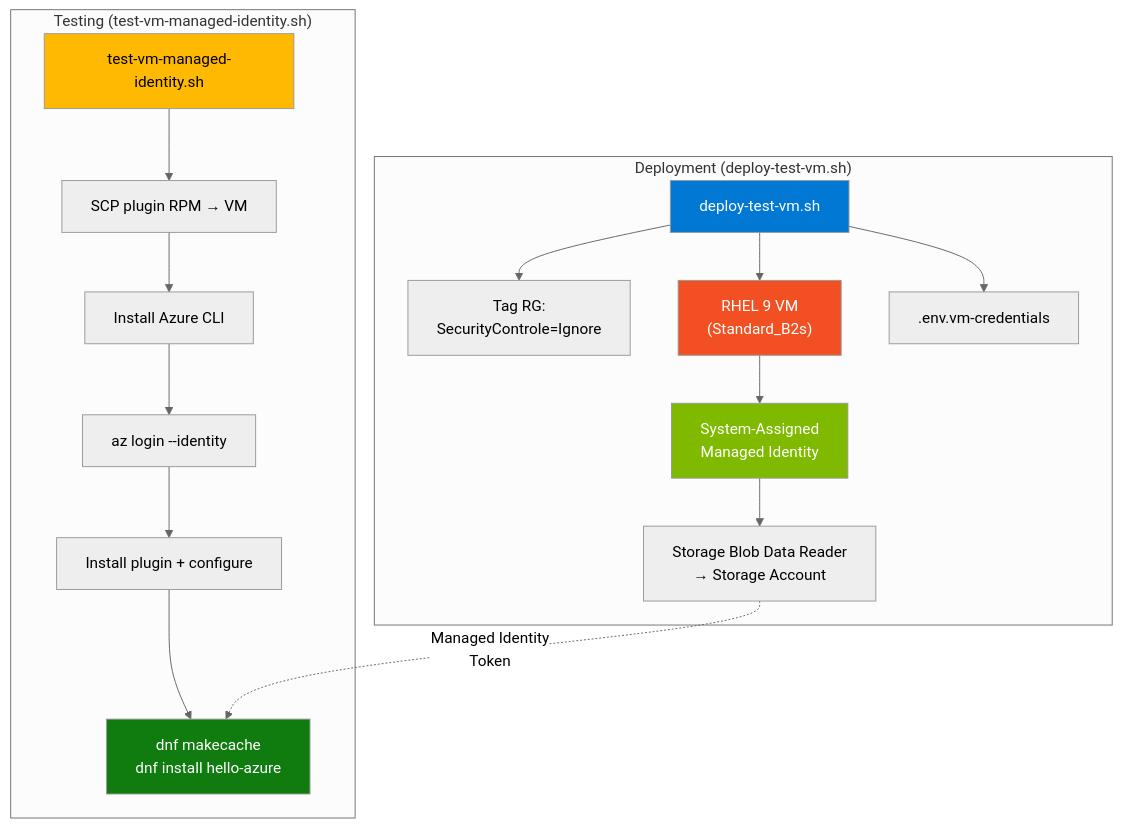
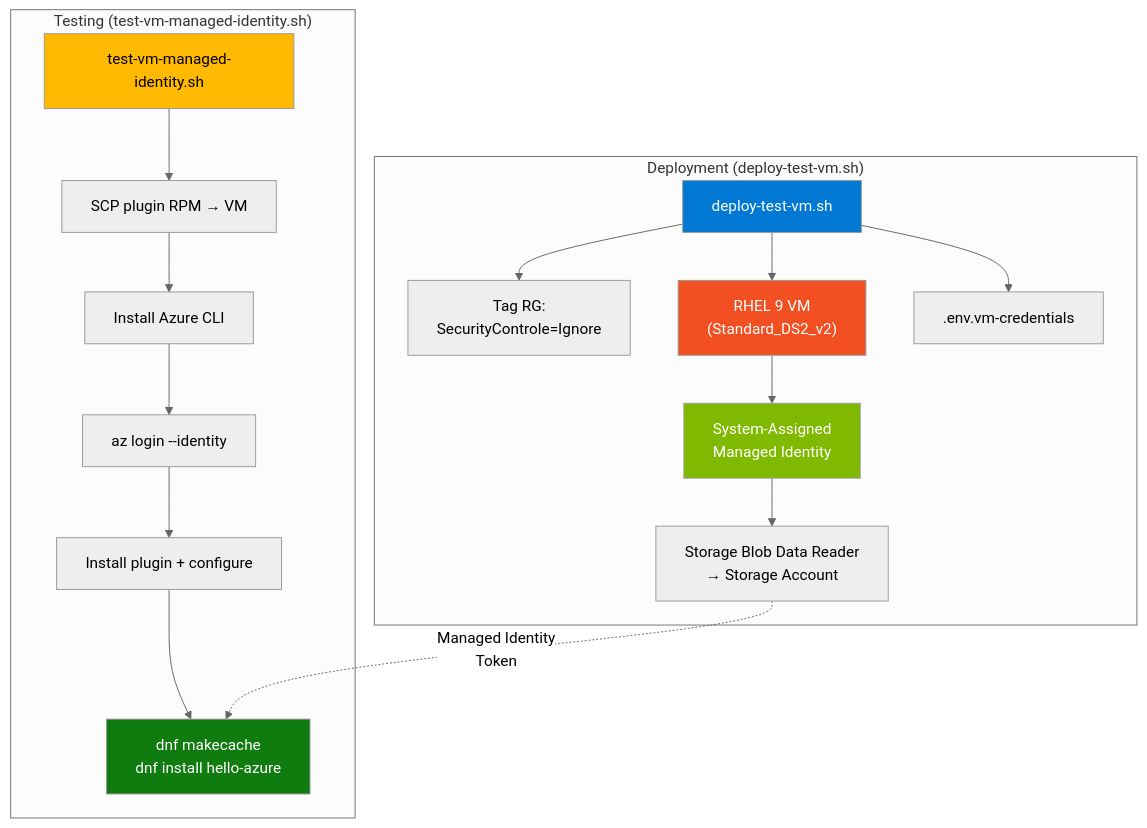
Before and after one commit to san360/rpm-poc: the seventh of 9 diagrams in QUICKSTART.md, drawn with Mermaid (neutral theme). The commit also changed other lines of this file and 6 other files, not shown here.

````diff
--- a/QUICKSTART.md
+++ b/QUICKSTART.md
@@ -645,28 +769,28 @@
 ```mermaid
 graph TB
     subgraph "Deployment (deploy-test-vm.sh)"
         Deploy["deploy-test-vm.sh"]
         Deploy --> Tag["Tag RG:<br/>SecurityControle=Ignore"]
-        Deploy --> VM["RHEL 9 VM<br/>(Standard_B2s)"]
+        Deploy --> VM["RHEL 9 VM<br/>(Standard_DS2_v2)"]
         VM --> MI["System-Assigned<br/>Managed Identity"]
         MI --> RBAC["Storage Blob Data Reader<br/>→ Storage Account"]
         Deploy --> Creds[".env.vm-credentials"]
     end
 
     subgraph "Testing (test-vm-managed-identity.sh)"
         Test["test-vm-managed-identity.sh"]
         Test --> SCP["SCP plugin RPM → VM"]
         SCP --> AzCLI3["Install Azure CLI"]
         AzCLI3 --> LoginMI["az login --identity"]
         LoginMI --> InstallPlugin["Install plugin + configure"]
         InstallPlugin --> DNFTest["dnf makecache<br/>dnf install hello-azure"]
     end
 
     RBAC -. "Managed Identity<br/>Token" .-> DNFTest
 
     style Deploy fill:#0078D4,color:#fff
     style VM fill:#F25022,color:#fff
     style MI fill:#7FBA00,color:#fff
     style Test fill:#FFB900,color:#000
     style DNFTest fill:#107C10,color:#fff
 ```
````
